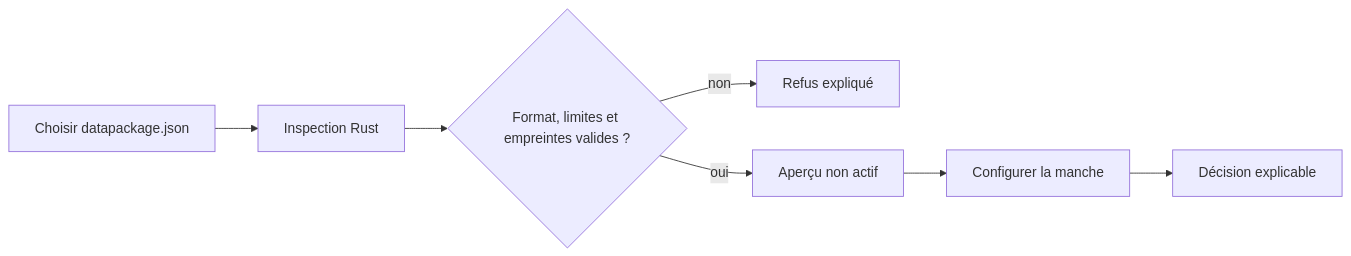
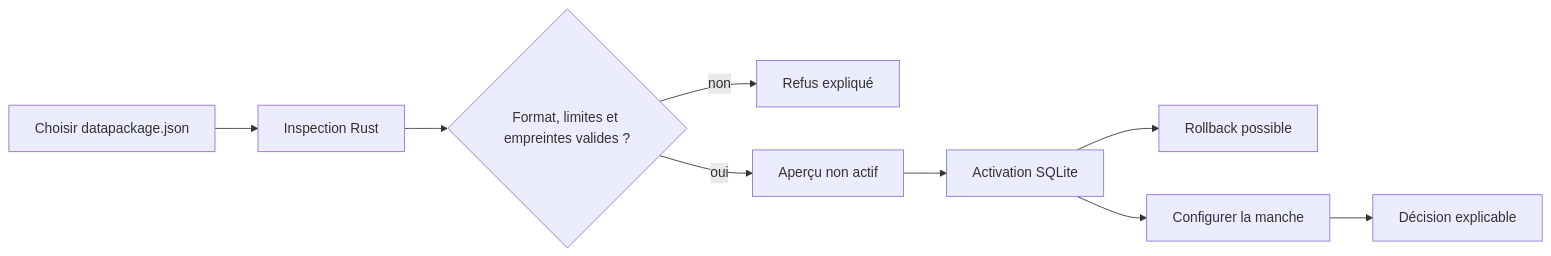
One commit to W-D0n/semantic-engine changed the diagram in docs/product/portable-desktop.md. Above: the diagram before and after it, drawn with Mermaid. The commit also changed other lines of this file and 15 other files, not shown here.

````diff
--- a/docs/product/portable-desktop.md
+++ b/docs/product/portable-desktop.md
@@ -54,9 +54,11 @@
 ```mermaid
 flowchart LR
     P["Choisir datapackage.json"] --> I["Inspection Rust"]
     I --> V{"Format, limites et empreintes valides ?"}
     V -- non --> R["Refus expliqué"]
     V -- oui --> A["Aperçu non actif"]
-    A --> C["Configurer la manche"]
+    A --> T["Activation SQLite"]
+    T --> B["Rollback possible"]
+    T --> C["Configurer la manche"]
     C --> D["Décision explicable"]
 ```
````
